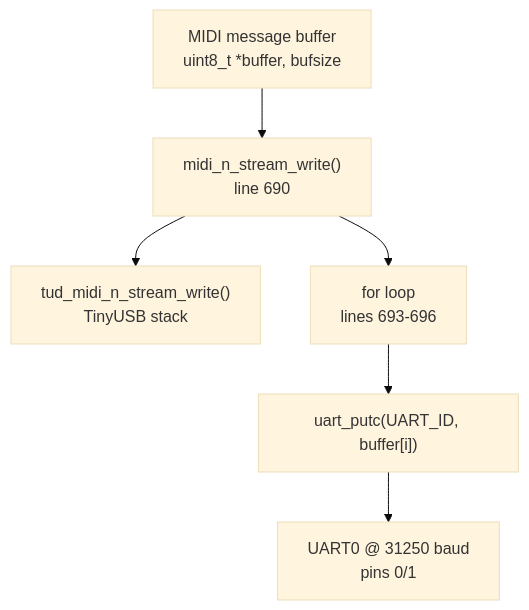
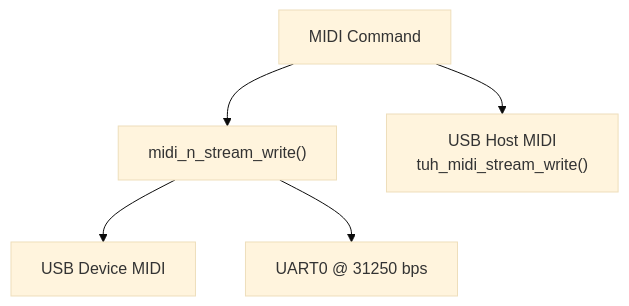
The sixth of 6 diagrams in wiki/3-architecture.md (Jus-Be/orinayo-pico), drawn with Mermaid (base theme) before and after one commit. The commit also changed other lines of this file and 42 other files, not shown here.

````diff
--- a/wiki/3-architecture.md
+++ b/wiki/3-architecture.md
@@ -429,16 +279,14 @@
 ```mermaid
 flowchart TD
 
-Input["MIDI message buffer<br>uint8_t *buffer, bufsize"]
-Function["midi_n_stream_write()<br>line 690"]
-USB["tud_midi_n_stream_write()<br>TinyUSB stack"]
-UARTLoop["for loop<br>lines 693-696"]
-UARTPut["uart_putc(UART_ID, buffer[i])"]
-UARTHardware["UART0 @ 31250 baud<br>pins 0/1"]
+Input["MIDI Command"]
+Function["midi_n_stream_write()"]
+USB_D["USB Device MIDI"]
+USB_H["USB Host MIDI<br>tuh_midi_stream_write()"]
+UART["UART0 @ 31250 bps"]
 
 Input --> Function
-Function --> USB
-Function --> UARTLoop
-UARTLoop --> UARTPut
-UARTPut --> UARTHardware
+Function --> USB_D
+Function --> UART
+Input --> USB_H
 ```
````
